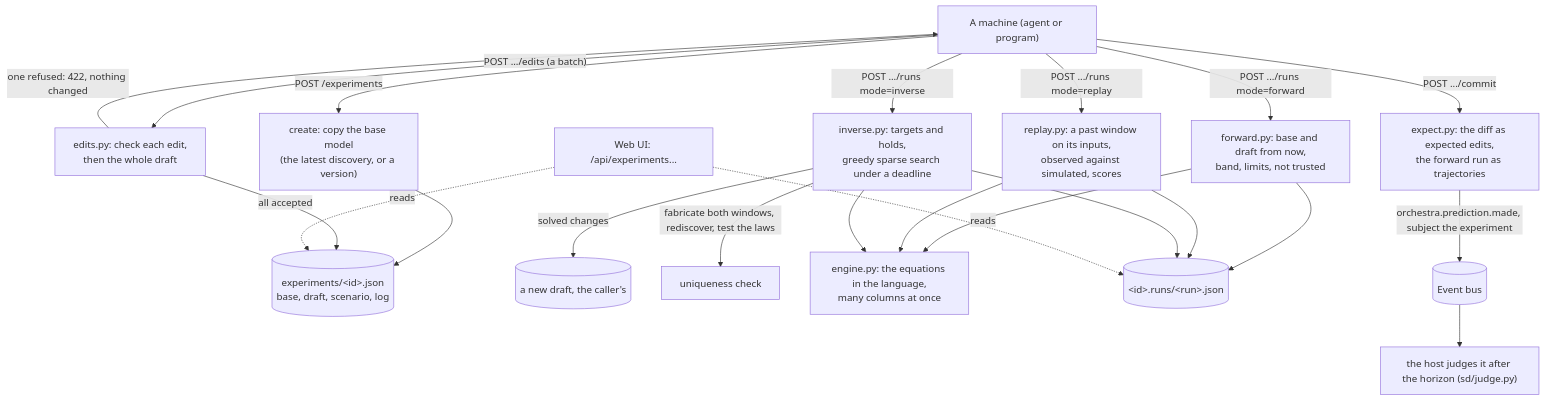
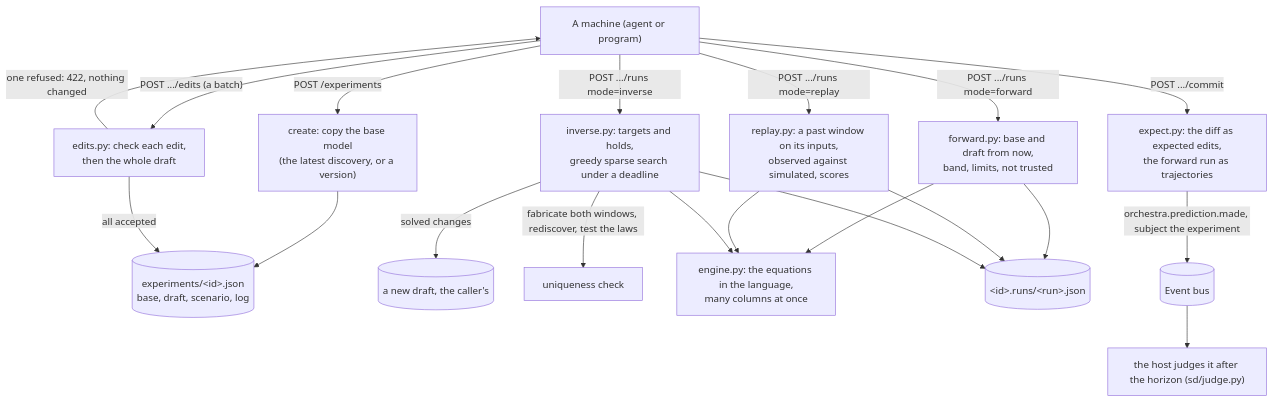
The ninth of 11 diagrams in ARCHITECTURE.md (danroblewis/orchestra), drawn with Mermaid before and after one commit. The commit also changed other lines of this file and 22 other files, not shown here.

````diff
--- a/ARCHITECTURE.md
+++ b/ARCHITECTURE.md
@@ -735,24 +735,22 @@
 ```mermaid
 flowchart TD
   M["A machine (agent or program)"] -- "POST /experiments" --> C["create: copy the base model<br/>(the latest discovery, or a version)"]
   C --> D[("experiments/#lt;id#gt;.json<br/>base, draft, scenario, log")]
   M -- "POST .../edits (a batch)" --> E["edits.py: check each edit,<br/>then the whole draft"]
   E -- "all accepted" --> D
   E -- "one refused: 422, nothing changed" --> M
   M -- "POST .../runs mode=forward" --> F["forward.py: base and draft from now,<br/>band, limits, not trusted"]
   M -- "POST .../runs mode=replay" --> R["replay.py: a past window on its inputs,<br/>observed against simulated, scores"]
   M -- "POST .../runs mode=inverse" --> I["inverse.py: targets and holds,<br/>greedy sparse search under a deadline"]
   I -- "solved changes" --> N[("a new draft, the caller#apos;s")]
   I -- "fabricate both windows, rediscover, test the laws" --> U["uniqueness check"]
   F --> G["engine.py: the equations in the language,<br/>many columns at once"]
   R --> G
   I --> G
   F --> S[("#lt;id#gt;.runs/#lt;run#gt;.json")]
   R --> S
   I --> S
   M -- "POST .../commit" --> P["expect.py: the diff as expected edits,<br/>the forward run as trajectories"]
   P -- "orchestra.prediction.made, subject the experiment" --> B[("Event bus")]
   B --> J["the host judges it after the horizon (sd/judge.py)"]
-  W["Web UI: /api/experiments..."] -. "reads" .-> D
-  W -. "reads" .-> S
 ```
````
